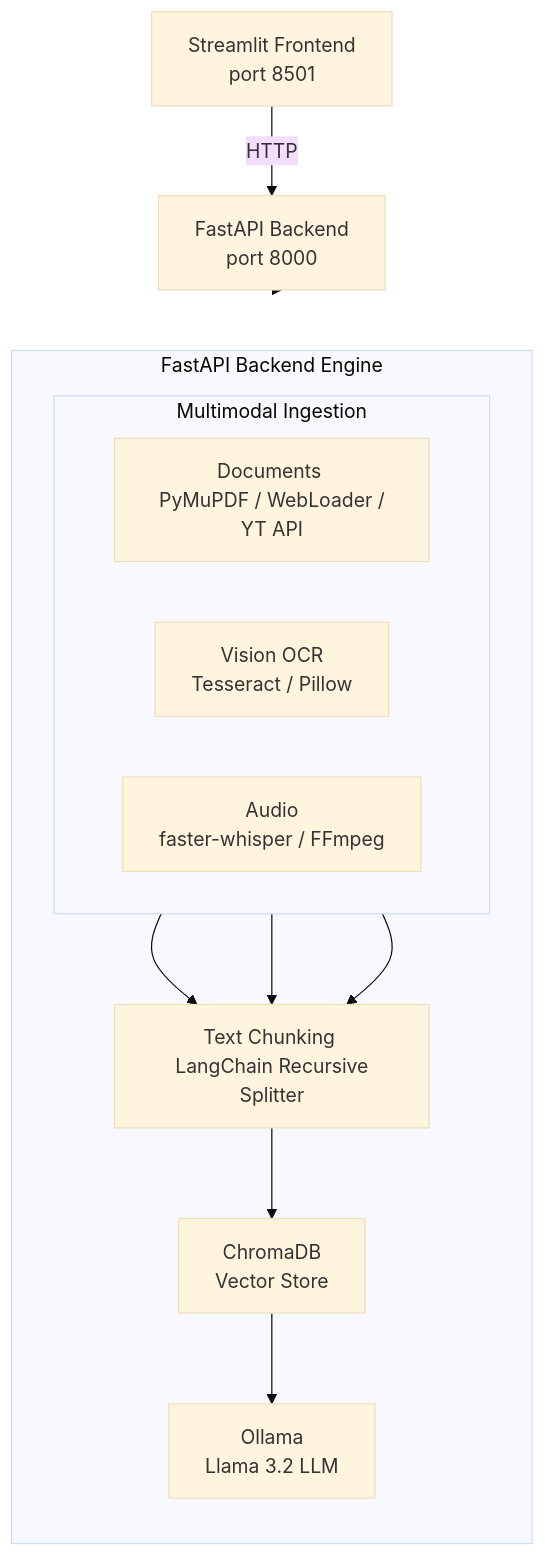
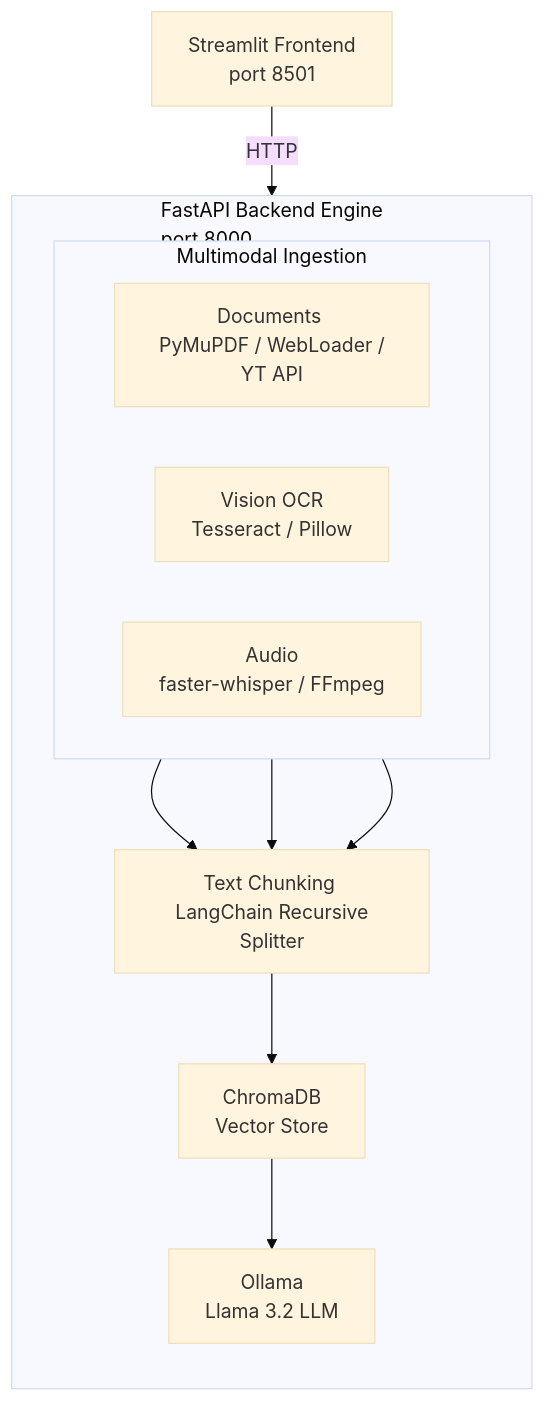
The diagram in Readme.md (Yashwanth-23/Omnisense), drawn with Mermaid (base theme) before and after one commit.

````diff
--- a/Readme.md
+++ b/Readme.md
@@ -17,28 +17,26 @@
 ```mermaid
 flowchart TD
-    UI[Streamlit Frontend <br> port 8501] -->|HTTP| API[FastAPI Backend <br> port 8000]
+    UI[Streamlit Frontend <br> port 8501] -->|HTTP| Backend
     
-    subgraph Backend [FastAPI Backend Engine]
+    subgraph Backend [FastAPI Backend Engine <br> port 8000]
         direction TB
         
         subgraph Ingestion [Multimodal Ingestion]
             direction LR
             Doc[Documents <br> PyMuPDF / WebLoader / YT API]
             Vis[Vision OCR <br> Tesseract / Pillow]
             Aud[Audio <br> faster-whisper / FFmpeg]
         end
         
         Chunk[Text Chunking <br> LangChain Recursive Splitter]
         DB[ChromaDB <br> Vector Store]
         LLM[Ollama <br> Llama 3.2 LLM]
         
         Doc --> Chunk
         Vis --> Chunk
         Aud --> Chunk
         
         Chunk --> DB
         DB --> LLM
     end
-    
-    API --> Ingestion
 ```
````
